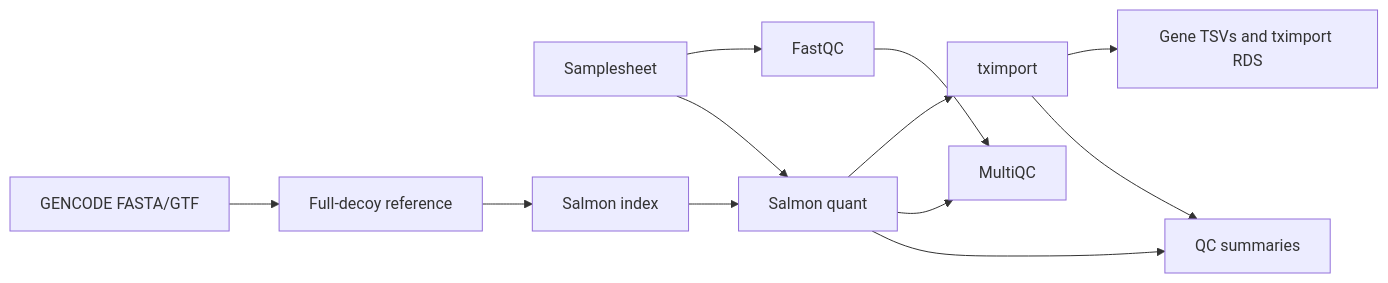
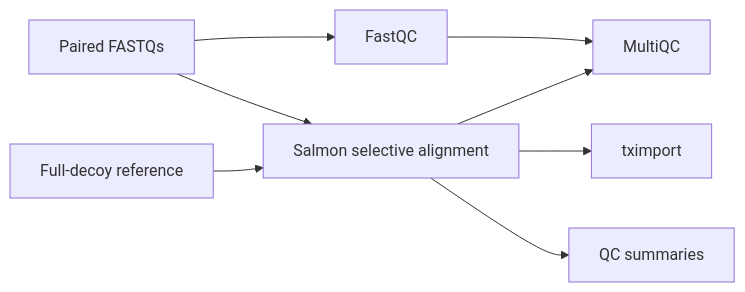
One commit to Thokas99/simple-nextflow-salmon changed the diagram in README.md. Above: the diagram before and after it, drawn with Mermaid. The commit also changed other lines of this file and 20 other files, not shown here.

````diff
--- a/README.md
+++ b/README.md
@@ -13,14 +14,10 @@
 ```mermaid
 flowchart LR
-  S[Samplesheet] --> F[FastQC]
-  S --> Q[Salmon quant]
-  R[GENCODE FASTA/GTF] --> D[Full-decoy reference]
-  D --> I[Salmon index]
-  I --> Q
-  Q --> T[tximport]
-  Q --> M[MultiQC]
-  F --> M
-  T --> O[Gene TSVs and tximport RDS]
-  Q --> C[QC summaries]
-  T --> C
+  A[Paired FASTQs] --> B[FastQC]
+  A --> C[Salmon selective alignment]
+  R[Full-decoy reference] --> C
+  C --> D[tximport]
+  C --> E[QC summaries]
+  B --> F[MultiQC]
+  C --> F
 ```
````
